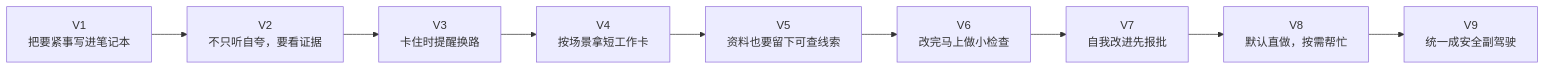
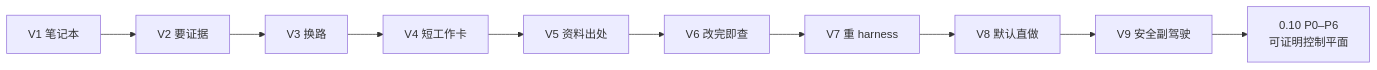
One commit to liuanye9-lab/codex-os-brain changed the third of 3 diagrams in README.md. Above: the diagram before and after it, drawn with Mermaid. The commit also changed other lines of this file and 36 other files, not shown here.

````diff
--- a/README.md
+++ b/README.md
@@ -80,4 +256,4 @@
 ```mermaid
 flowchart LR
-  V1["V1\n把要紧事写进笔记本"] --> V2["V2\n不只听自夸，要看证据"] --> V3["V3\n卡住时提醒换路"] --> V4["V4\n按场景拿短工作卡"] --> V5["V5\n资料也要留下可查线索"] --> V6["V6\n改完马上做小检查"] --> V7["V7\n自我改进先报批"] --> V8["V8\n默认直做，按需帮忙"] --> V9["V9\n统一成安全副驾驶"]
+  V1["V1 笔记本"] --> V2["V2 要证据"] --> V3["V3 换路"] --> V4["V4 短工作卡"] --> V5["V5 资料出处"] --> V6["V6 改完即查"] --> V7["V7 重 harness"] --> V8["V8 默认直做"] --> V9["V9 安全副驾驶"] --> V91["0.10 P0–P6\n可证明控制平面"]
 ```
````
